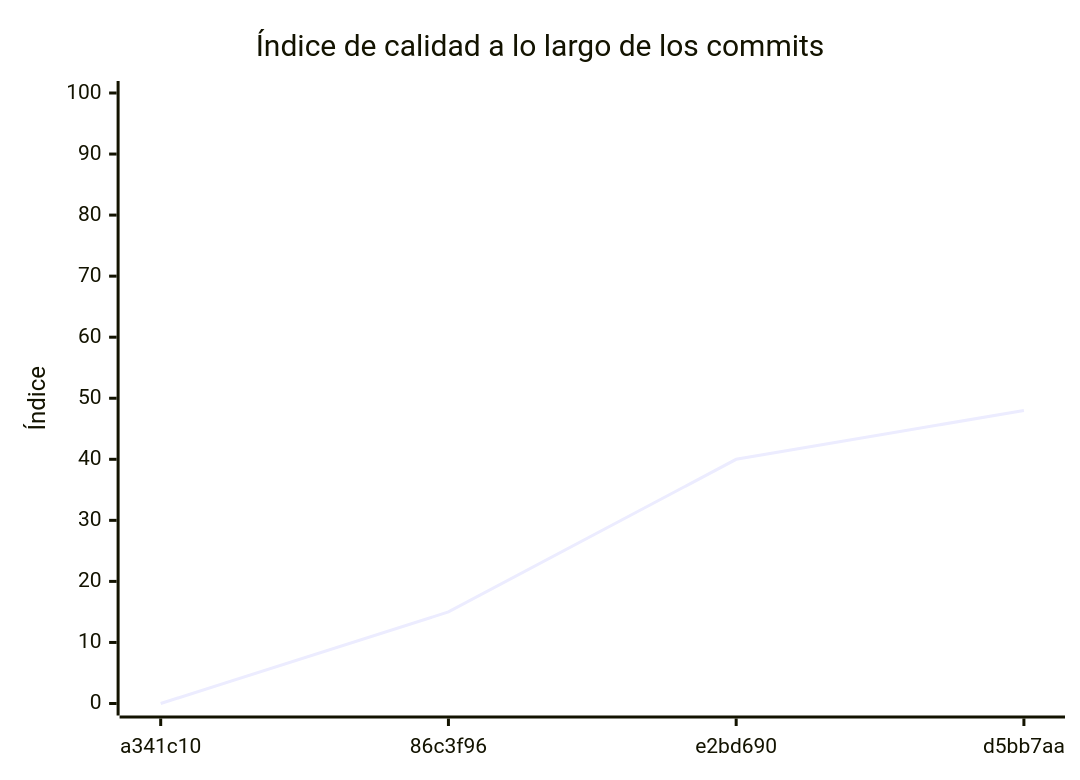
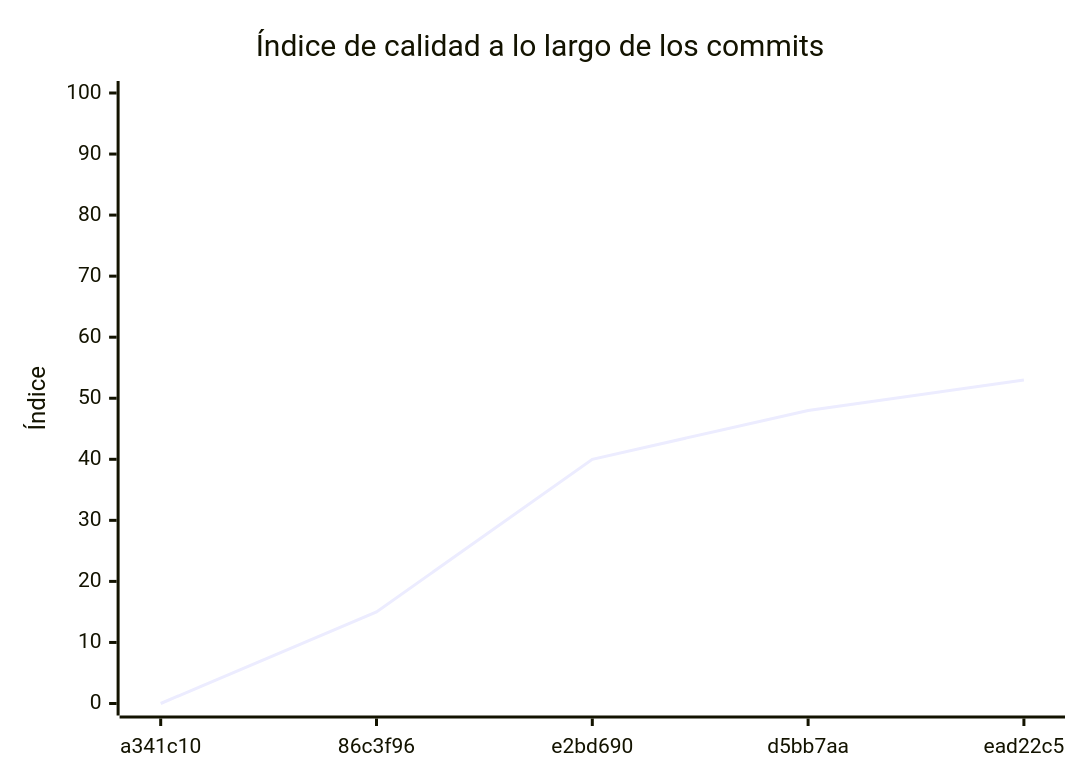
Before and after one commit to prog-2-SQR/Backend-Catalogo: the diagram in docs/EVALUACION.md, drawn with Mermaid. The commit also changed other lines of this file, not shown here.

Commit message:
docs: informe de evaluación (calidad + autoría)

````diff
--- a/docs/EVALUACION.md
+++ b/docs/EVALUACION.md
@@ -119,7 +119,7 @@
 ```mermaid
 xychart-beta
     title "Índice de calidad a lo largo de los commits"
-    x-axis ["a341c10", "86c3f96", "e2bd690", "d5bb7aa"]
+    x-axis ["a341c10", "86c3f96", "e2bd690", "d5bb7aa", "ead22c5"]
     y-axis "Índice" 0 --> 100
-    line [0, 15, 40, 48]
+    line [0, 15, 40, 48, 53]
 ```
````
